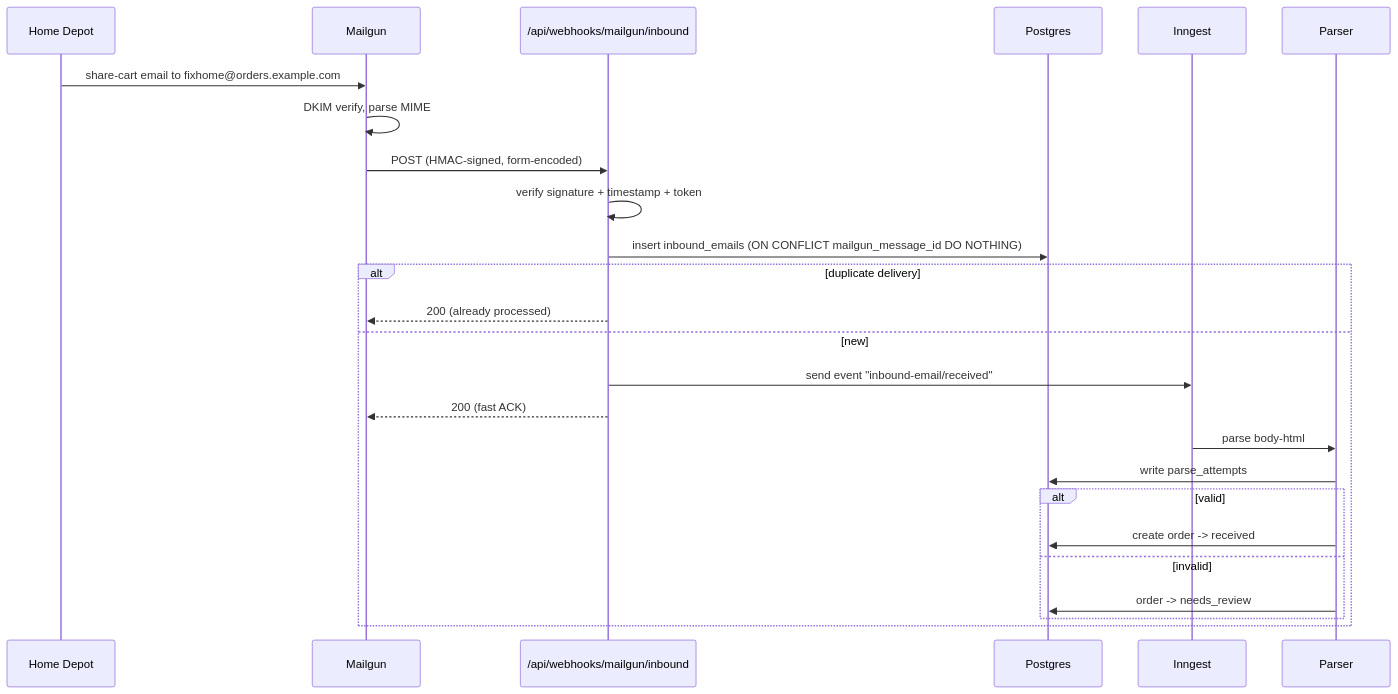
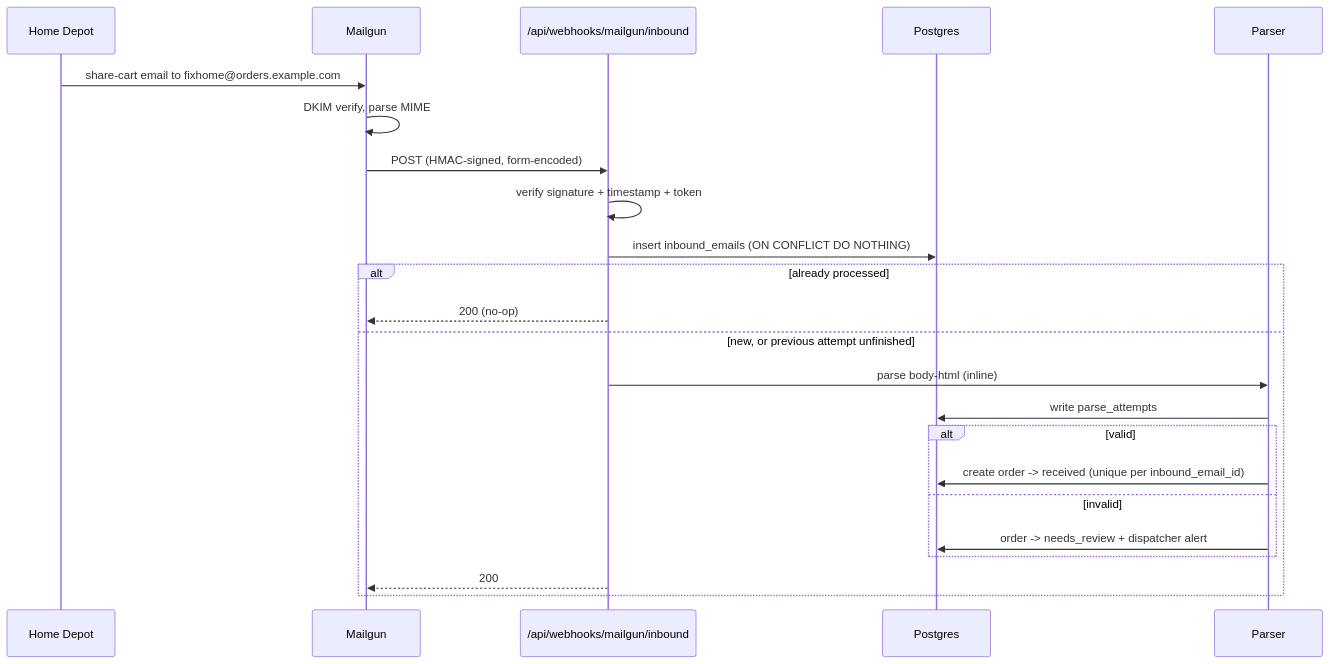
One commit to apalumbi/DeliveryApp changed the diagram in docs/architecture/05-email-intake.md. Above: the diagram before and after it, drawn with Mermaid. The commit also changed other lines of this file and 22 other files, not shown here.

````diff
--- a/docs/architecture/05-email-intake.md
+++ b/docs/architecture/05-email-intake.md
@@ -120,28 +120,26 @@
 ```mermaid
 sequenceDiagram
     participant HD as Home Depot
     participant MG as Mailgun
     participant WH as /api/webhooks/mailgun/inbound
     participant DB as Postgres
-    participant IG as Inngest
     participant P as Parser
 
     HD->>MG: share-cart email to fixhome@orders.example.com
     MG->>MG: DKIM verify, parse MIME
     MG->>WH: POST (HMAC-signed, form-encoded)
     WH->>WH: verify signature + timestamp + token
-    WH->>DB: insert inbound_emails (ON CONFLICT mailgun_message_id DO NOTHING)
-    alt duplicate delivery
-        WH-->>MG: 200 (already processed)
-    else new
-        WH->>IG: send event "inbound-email/received"
-        WH-->>MG: 200 (fast ACK)
-        IG->>P: parse body-html
+    WH->>DB: insert inbound_emails (ON CONFLICT DO NOTHING)
+    alt already processed
+        WH-->>MG: 200 (no-op)
+    else new, or previous attempt unfinished
+        WH->>P: parse body-html (inline)
         P->>DB: write parse_attempts
         alt valid
-            P->>DB: create order -> received
+            P->>DB: create order -> received (unique per inbound_email_id)
         else invalid
-            P->>DB: order -> needs_review
+            P->>DB: order -> needs_review + dispatcher alert
         end
+        WH-->>MG: 200
     end
 ```
````
